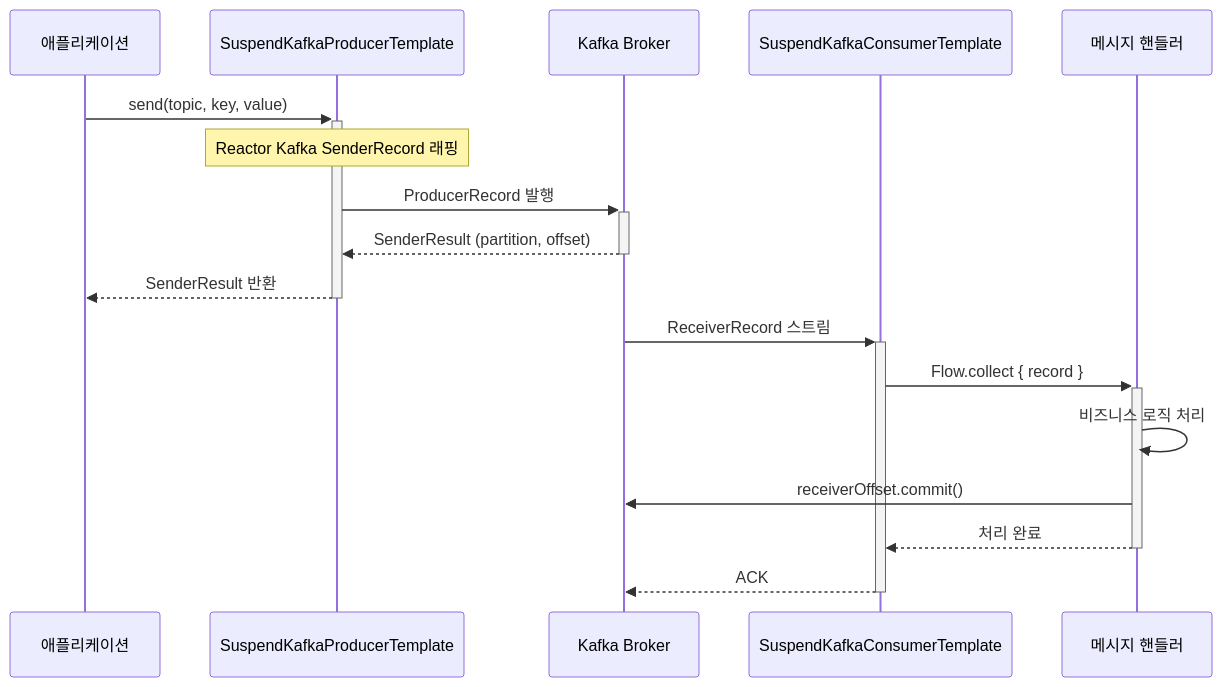
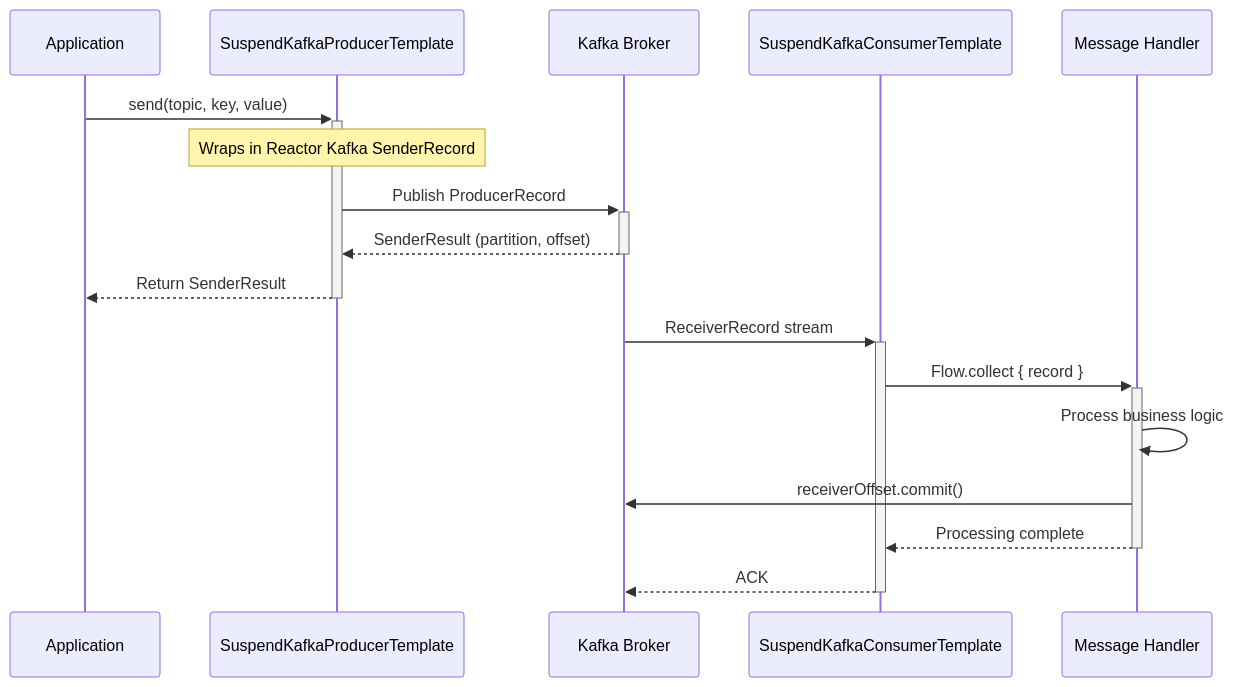
One commit to bluetape4k/bluetape4k-projects changed the second of 3 diagrams in infra/kafka/README.md. Above: the diagram before and after it, drawn with Mermaid. The commit also changed other lines of this file and 265 other files, not shown here.

````diff
--- a/infra/kafka/README.md
+++ b/infra/kafka/README.md
@@ -406,21 +408,21 @@
 ```mermaid
 sequenceDiagram
-    participant App as 애플리케이션
+    participant App as Application
     participant PT as SuspendKafkaProducerTemplate
     participant Kafka as Kafka Broker
     participant CT as SuspendKafkaConsumerTemplate
-    participant Handler as 메시지 핸들러
+    participant Handler as Message Handler
 
     App->>+PT: send(topic, key, value)
-    Note over PT: Reactor Kafka SenderRecord 래핑
-    PT->>+Kafka: ProducerRecord 발행
+    Note over PT: Wraps in Reactor Kafka SenderRecord
+    PT->>+Kafka: Publish ProducerRecord
     Kafka-->>-PT: SenderResult (partition, offset)
-    PT-->>-App: SenderResult 반환
+    PT-->>-App: Return SenderResult
 
-    Kafka->>+CT: ReceiverRecord 스트림
+    Kafka->>+CT: ReceiverRecord stream
     CT->>+Handler: Flow.collect { record }
-    Handler->>Handler: 비즈니스 로직 처리
+    Handler->>Handler: Process business logic
     Handler->>Kafka: receiverOffset.commit()
-    Handler-->>-CT: 처리 완료
+    Handler-->>-CT: Processing complete
     CT-->>-Kafka: ACK
 ```
````
